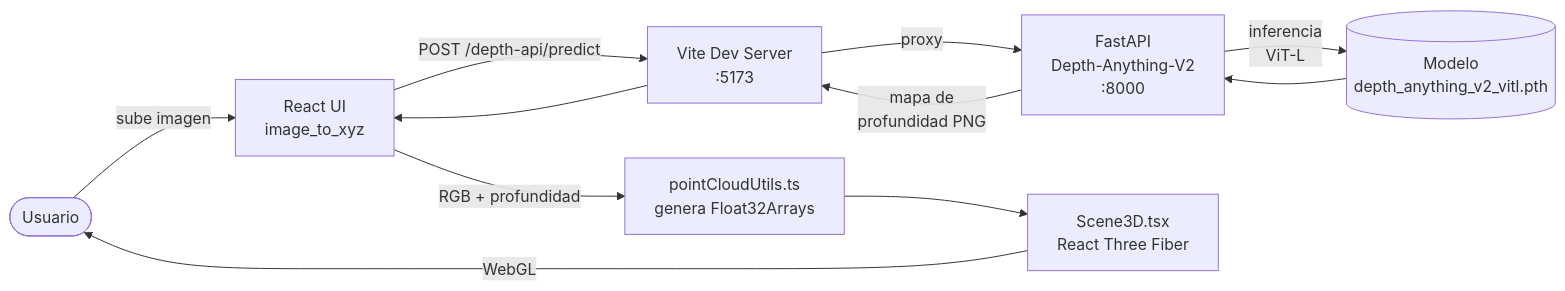
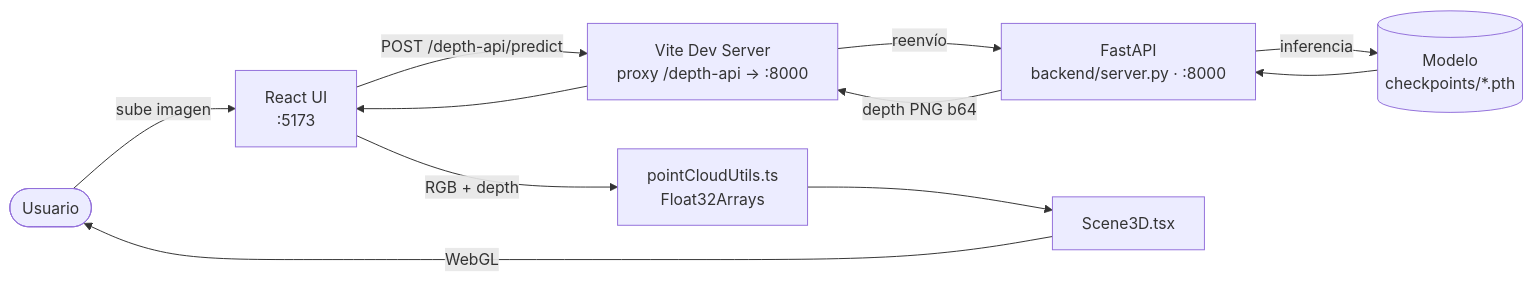
The second of 3 diagrams in README.md (Jjat00/image_to_xyz), drawn with Mermaid before and after one commit. The commit also changed other lines of this file and 1 other file, not shown here.

First line of the commit message:
docs: live demo URLs, MODEL_ENCODER table, deploy steps and depth→xyz math

````diff
--- a/README.md
+++ b/README.md
@@ -24,13 +43,13 @@
 ```mermaid
 flowchart LR
-    User([Usuario]) -->|sube imagen| UI[React UI<br/>image_to_xyz]
-    UI -->|POST /depth-api/predict| Vite[Vite Dev Server<br/>:5173]
-    Vite -->|proxy| Backend[FastAPI<br/>Depth-Anything-V2<br/>:8000]
-    Backend -->|inferencia<br/>ViT-L| Model[(Modelo<br/>depth_anything_v2_vitl.pth)]
+    User([Usuario]) -->|sube imagen| UI[React UI<br/>:5173]
+    UI -->|POST /depth-api/predict| Vite[Vite Dev Server<br/>proxy /depth-api → :8000]
+    Vite -->|reenvío| Backend[FastAPI<br/>backend/server.py · :8000]
+    Backend -->|inferencia| Model[(Modelo<br/>checkpoints/*.pth)]
     Model --> Backend
-    Backend -->|mapa de<br/>profundidad PNG| Vite
+    Backend -->|depth PNG b64| Vite
     Vite --> UI
-    UI -->|RGB + profundidad| PointCloud[pointCloudUtils.ts<br/>genera Float32Arrays]
-    PointCloud --> Scene3D[Scene3D.tsx<br/>React Three Fiber]
+    UI -->|RGB + depth| PointCloud[pointCloudUtils.ts<br/>Float32Arrays]
+    PointCloud --> Scene3D[Scene3D.tsx]
     Scene3D -->|WebGL| User
 ```
````
